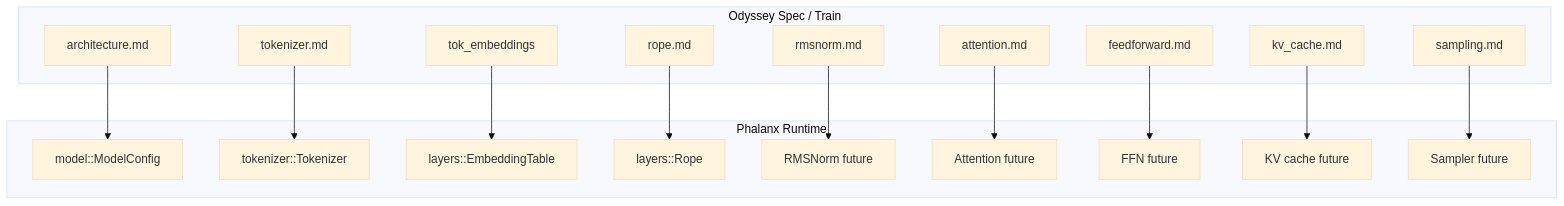
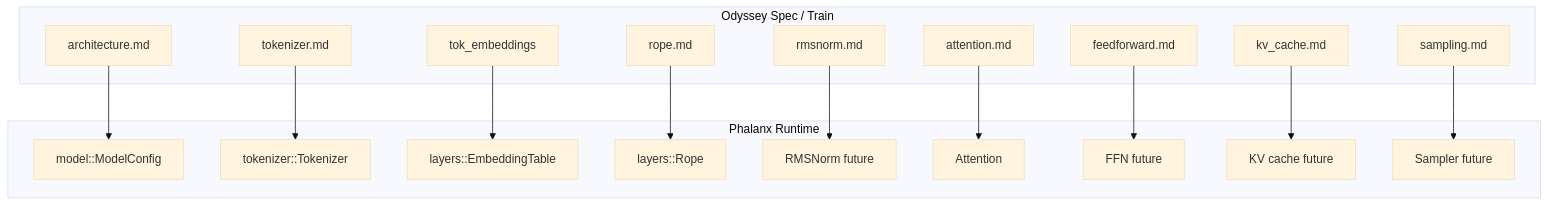
One commit to 404khai/phalanx changed the first of 2 diagrams in docs/architecture_mapping.md. Above: the diagram before and after it, drawn with Mermaid (base theme). The commit also changed other lines of this file and 14 other files, not shown here.

````diff
--- a/docs/architecture_mapping.md
+++ b/docs/architecture_mapping.md
@@ -11,36 +11,36 @@
 ```mermaid
 flowchart TB
     subgraph odyssey [Odyssey Spec / Train]
         SArch[architecture.md]
         STok[tokenizer.md]
         SEmb[tok_embeddings]
         SRope[rope.md]
         SNorm[rmsnorm.md]
         SAttn[attention.md]
         SFfn[feedforward.md]
         SKv[kv_cache.md]
         SSamp[sampling.md]
     end
 
     subgraph phalanx [Phalanx Runtime]
         MCfg[model::ModelConfig]
         TTok[tokenizer::Tokenizer]
         LEmb[layers::EmbeddingTable]
         LRope[layers::Rope]
         LNorm[RMSNorm future]
-        LAttn[Attention future]
+        LAttn[Attention]
         LFfn[FFN future]
         LKv[KV cache future]
         LSamp[Sampler future]
     end
 
     SArch --> MCfg
     STok --> TTok
     SEmb --> LEmb
     SRope --> LRope
     SNorm --> LNorm
     SAttn --> LAttn
     SFfn --> LFfn
     SKv --> LKv
     SSamp --> LSamp
 ```
````
